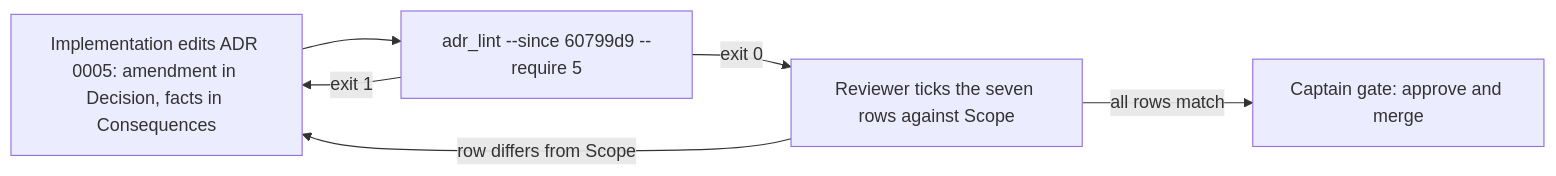
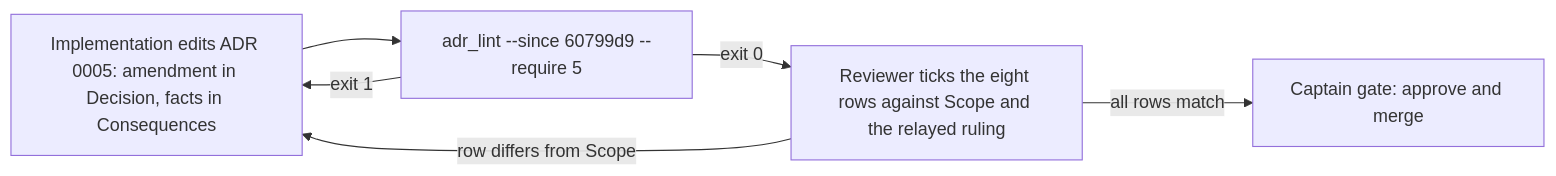
One commit to iamcxa/kc-paseo-plugins changed the diagram in project-env-vault-naming-rule-adr.md. Above: the diagram before and after it, drawn with Mermaid. The commit also changed other lines of this file, not shown here.

Commit message:
ideation: naming rules are advisory guidance per relayed Captain input

````diff
--- a/project-env-vault-naming-rule-adr.md
+++ b/project-env-vault-naming-rule-adr.md
@@ -86,8 +86,8 @@
 ```mermaid
 flowchart LR
   A[Implementation edits ADR 0005: amendment in Decision, facts in Consequences] --> B[adr_lint --since 60799d9 --require 5]
-  B -->|exit 0| C[Reviewer ticks the seven rows against Scope]
+  B -->|exit 0| C[Reviewer ticks the eight rows against Scope and the relayed ruling]
   B -->|exit 1| A
   C -->|row differs from Scope| A
   C -->|all rows match| D[Captain gate: approve and merge]
 ```
````
